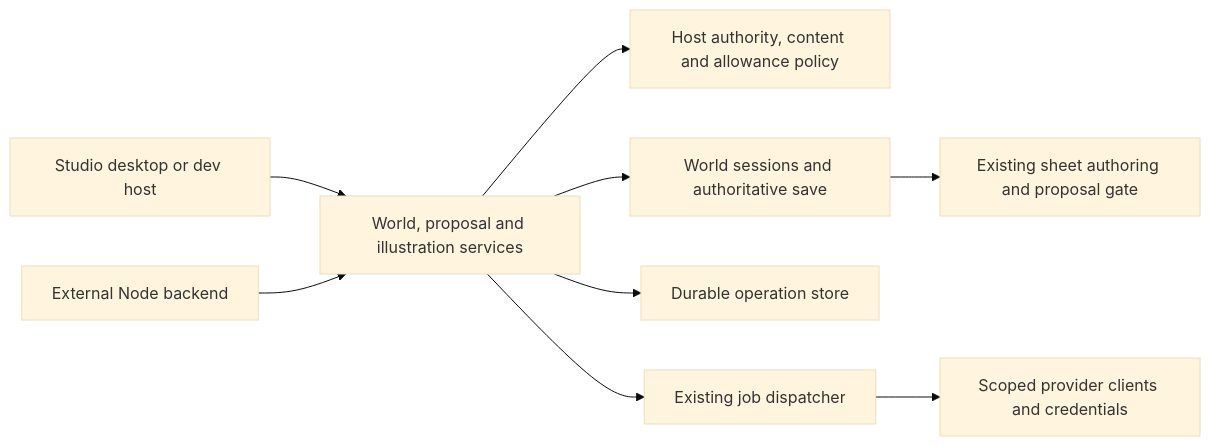
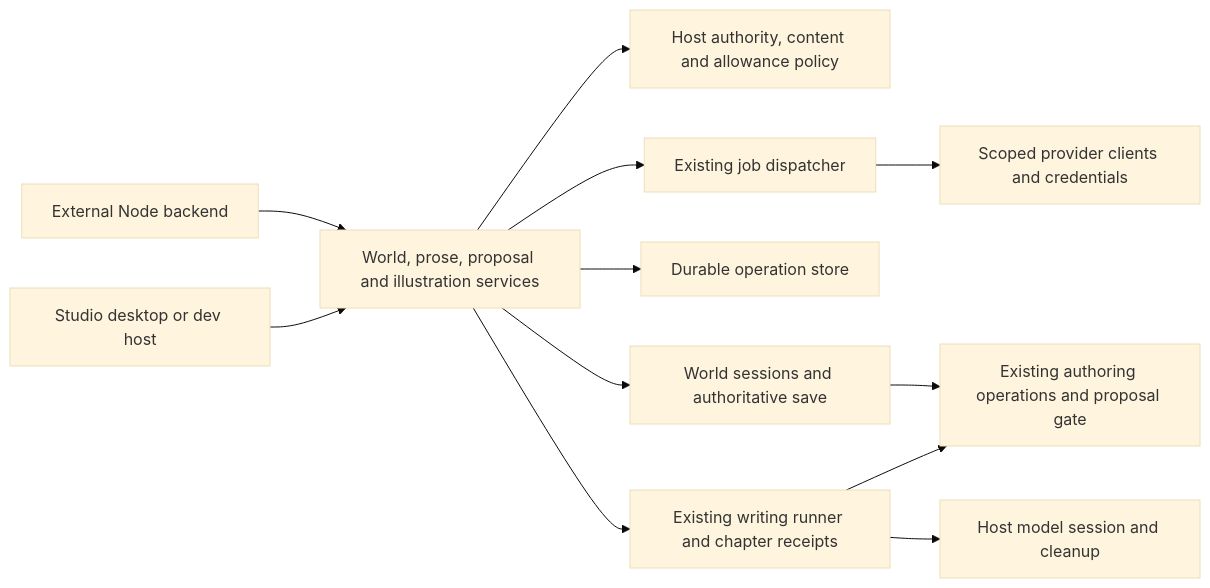
Before and after one commit to michaeljosiah/ArkeStudio: the diagram in docs/development/engine.md, drawn with Mermaid (base theme). The commit also changed other lines of this file and 24 other files, not shown here.

First line of the commit message:
Expose prose authoring, AI chapter proposals and committed manuscript output (#1188)

````diff
--- a/docs/development/engine.md
+++ b/docs/development/engine.md
@@ -7,11 +7,14 @@
 ```mermaid
 flowchart LR
-  Studio[Studio desktop or dev host] --> Services[World, proposal and illustration services]
+  Studio[Studio desktop or dev host] --> Services[World, prose, proposal and illustration services]
   Backend[External Node backend] --> Services
   Services --> Policy[Host authority, content and allowance policy]
   Services --> Sessions[World sessions and authoritative save]
   Services --> Operations[Durable operation store]
   Services --> Queue[Existing job dispatcher]
-  Sessions --> Domain[Existing sheet authoring and proposal gate]
+  Services --> Writing[Existing writing runner and chapter receipts]
+  Writing --> Runtime[Host model session and cleanup]
+  Writing --> Domain
+  Sessions --> Domain[Existing authoring operations and proposal gate]
   Queue --> Providers[Scoped provider clients and credentials]
 ```
````
